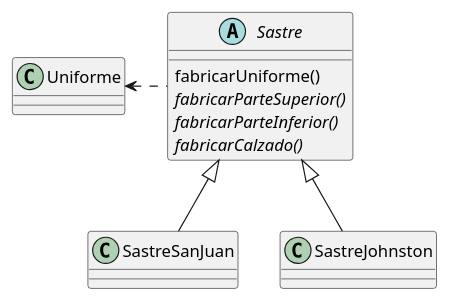
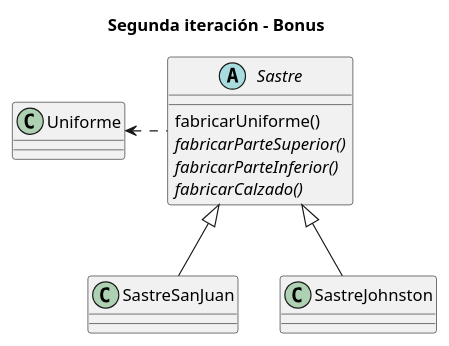
One commit to JuanIgnPer/dds_que-me-pongo changed the diagram in documentacion/diagrama_clases_segunda_iteracion_bonus.puml. Above: the diagram before and after it, drawn with PlantUML. The commit also changed 6 other files, not shown here.

Commit message:
Iteracion 3 - Con coverage y diagrama, pendiente de agregar formalidad y motor de sugerencias

```diff
--- a/documentacion/diagrama_clases_segunda_iteracion_bonus.puml
+++ b/documentacion/diagrama_clases_segunda_iteracion_bonus.puml
@@ -1,16 +1,17 @@
 @startuml
+title Segunda iteración - Bonus
 
 abstract class Sastre {
     fabricarUniforme()
     {abstract} fabricarParteSuperior()
     {abstract} fabricarParteInferior()
     {abstract} fabricarCalzado()
 }
 
 class Uniforme {
 }
 
 Sastre -.left-> Uniforme
 SastreSanJuan -up-|> Sastre
 SastreJohnston -up-|> Sastre
 @enduml
```
